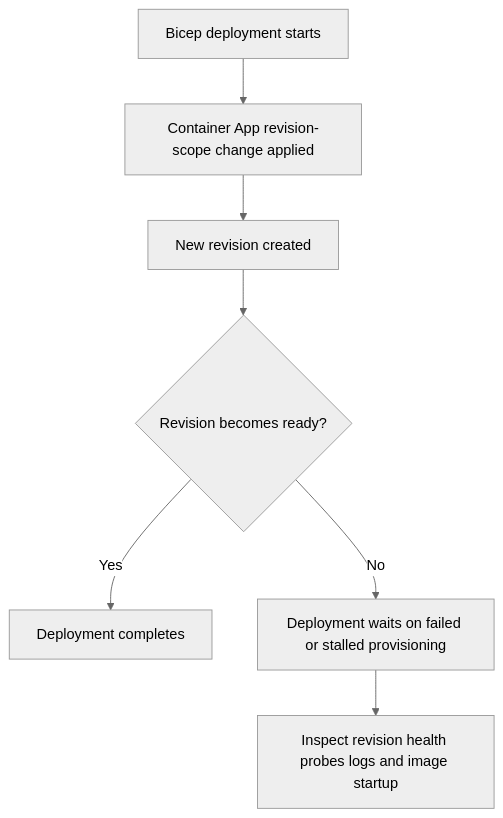
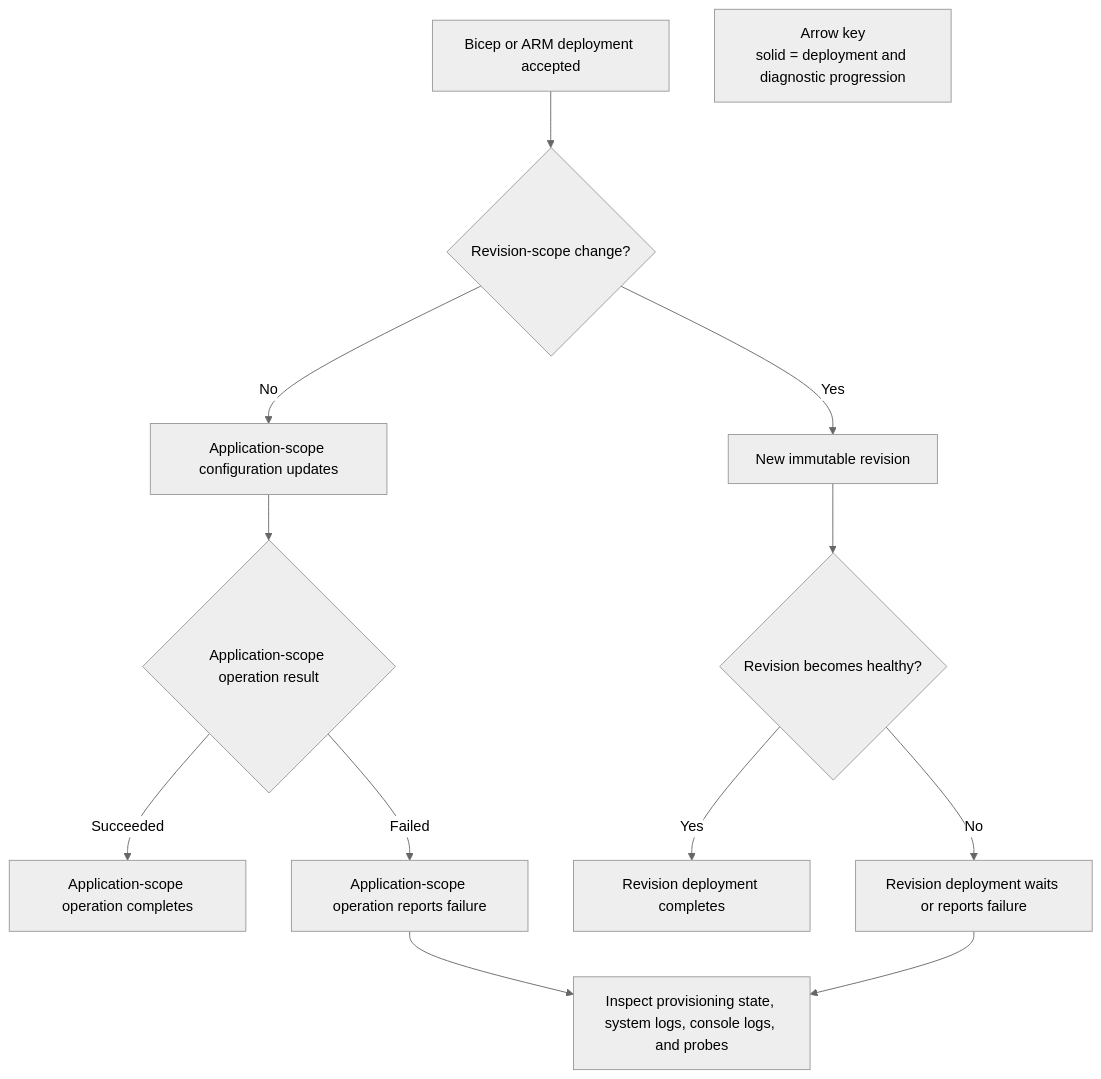
The diagram in docs/troubleshooting/playbooks/deployment-and-cicd/bicep-deployment-timeout.md (yeongseon/azure-container-apps-practical-guide), drawn with Mermaid (neutral theme) before and after one commit. The commit also changed other lines of this file and 23 other files, not shown here.

First line of the commit message:
docs(diagrams): migrate troubleshooting playbook diagrams (#626)

````diff
--- a/docs/troubleshooting/playbooks/deployment-and-cicd/bicep-deployment-timeout.md
+++ b/docs/troubleshooting/playbooks/deployment-and-cicd/bicep-deployment-timeout.md
@@ -36,9 +36,31 @@
 ```mermaid
 flowchart TD
-    A[Bicep deployment starts] --> B[Container App revision-scope change applied]
-    B --> C[New revision created]
-    C --> D{Revision becomes ready?}
-    D -->|Yes| E[Deployment completes]
-    D -->|No| F[Deployment waits on failed or stalled provisioning]
-    F --> G[Inspect revision health probes logs and image startup]
+    accTitle: Diagnose a Bicep deployment waiting on a revision
+    accDescr: Determine whether an accepted deployment created a revision that became healthy or stalled during image startup, configuration, or health verification.
+
+    DEPLOY[Bicep or ARM deployment accepted]
+    SCOPE{Revision-scope change?}
+    APP[Application-scope configuration updates]
+    APP_RESULT{Application-scope operation result}
+    REVISION[New immutable revision]
+    READY{Revision becomes healthy?}
+    COMPLETE_APP[Application-scope operation completes]
+    COMPLETE_REV[Revision deployment completes]
+    WAIT_APP[Application-scope operation reports failure]
+    WAIT_REV[Revision deployment waits or reports failure]
+    EVIDENCE[Inspect provisioning state, system logs, console logs, and probes]
+
+    DEPLOY --> SCOPE
+    SCOPE -->|No| APP
+    SCOPE -->|Yes| REVISION
+    APP --> APP_RESULT
+    APP_RESULT -->|Succeeded| COMPLETE_APP
+    APP_RESULT -->|Failed| WAIT_APP
+    REVISION --> READY
+    READY -->|Yes| COMPLETE_REV
+    READY -->|No| WAIT_REV
+    WAIT_APP --> EVIDENCE
+    WAIT_REV --> EVIDENCE
+
+    LEGEND["Arrow key<br/>solid = deployment and diagnostic progression"]
 ```
````
